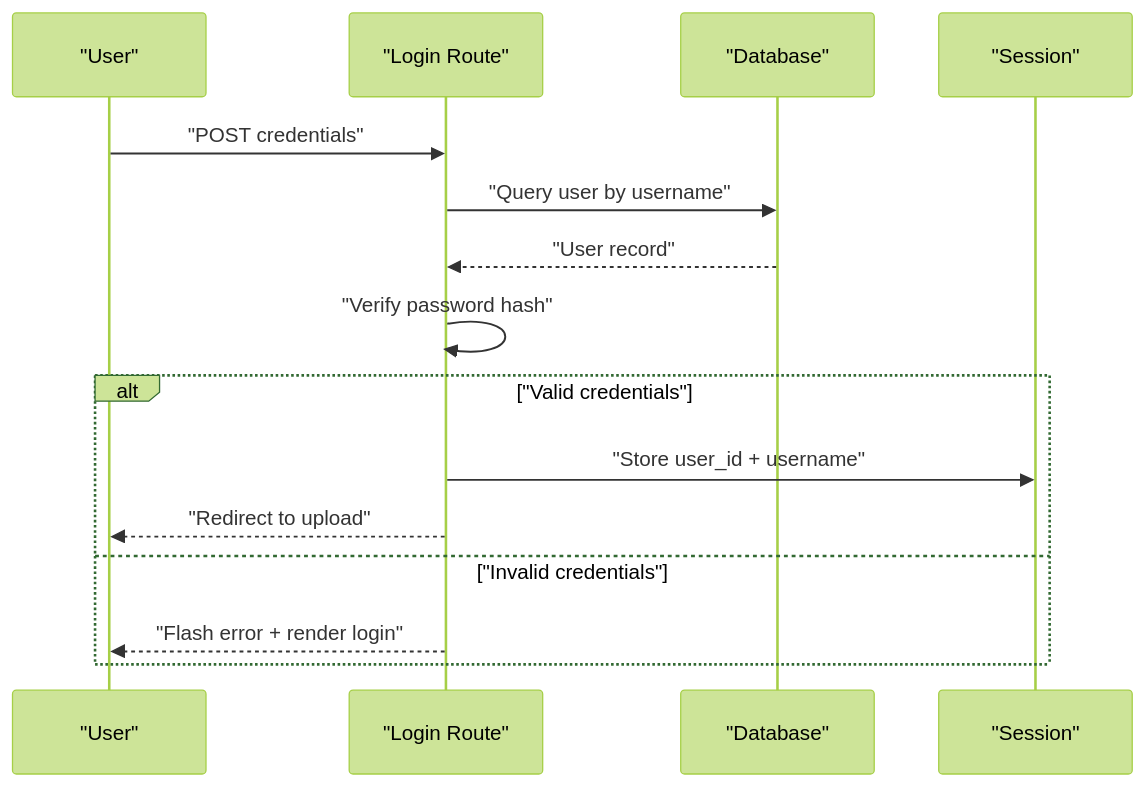
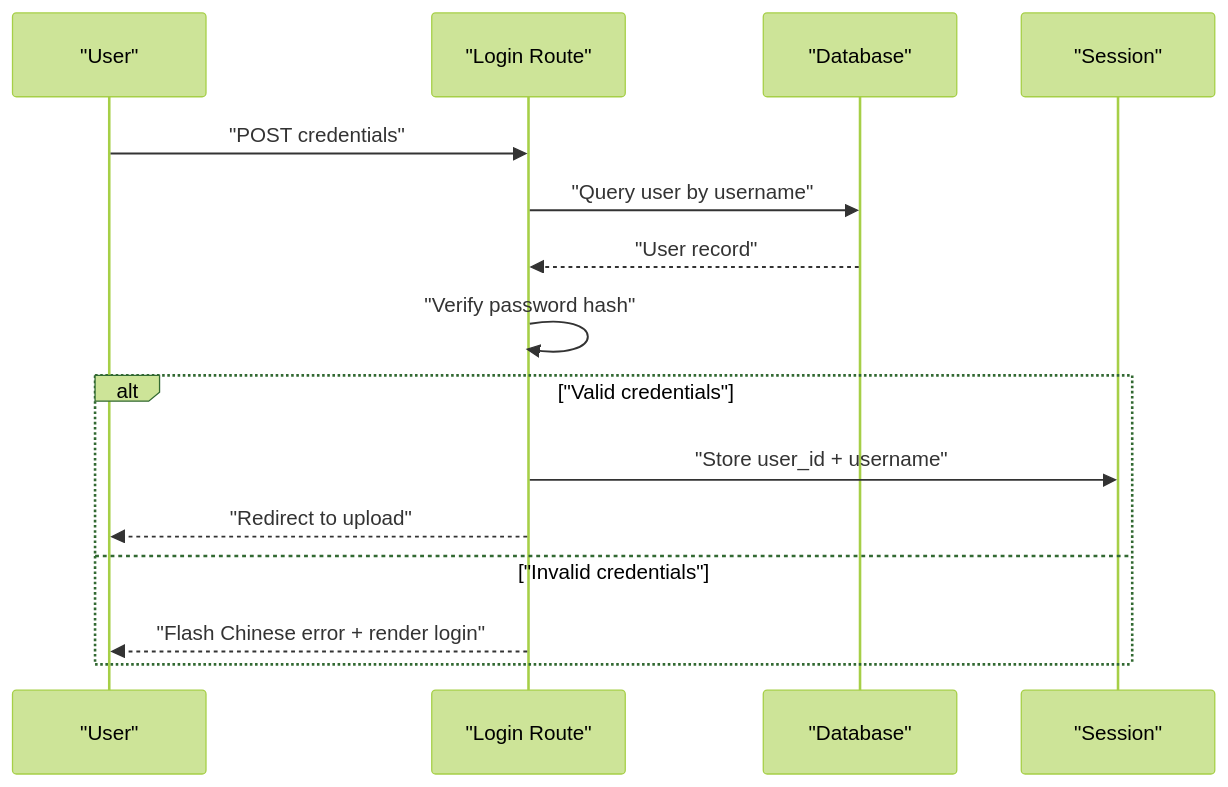
The fourth of 6 diagrams in .qoder/repowiki/en/content/Frontend Application/Frontend Application.md (PolarisW007/PolaZhenJing), drawn with Mermaid (forest theme) before and after one commit. The commit also changed other lines of this file and 8 other files, not shown here.

````diff
--- a/.qoder/repowiki/en/content/Frontend Application/Frontend Application.md
+++ b/.qoder/repowiki/en/content/Frontend Application/Frontend Application.md
@@ -203,17 +205,17 @@
 ```mermaid
 sequenceDiagram
 participant U as "User"
 participant L as "Login Route"
 participant DB as "Database"
 participant S as "Session"
 U->>L : "POST credentials"
 L->>DB : "Query user by username"
 DB-->>L : "User record"
 L->>L : "Verify password hash"
 alt "Valid credentials"
 L->>S : "Store user_id + username"
 L-->>U : "Redirect to upload"
 else "Invalid credentials"
-L-->>U : "Flash error + render login"
+L-->>U : "Flash Chinese error + render login"
 end
 ```
````
